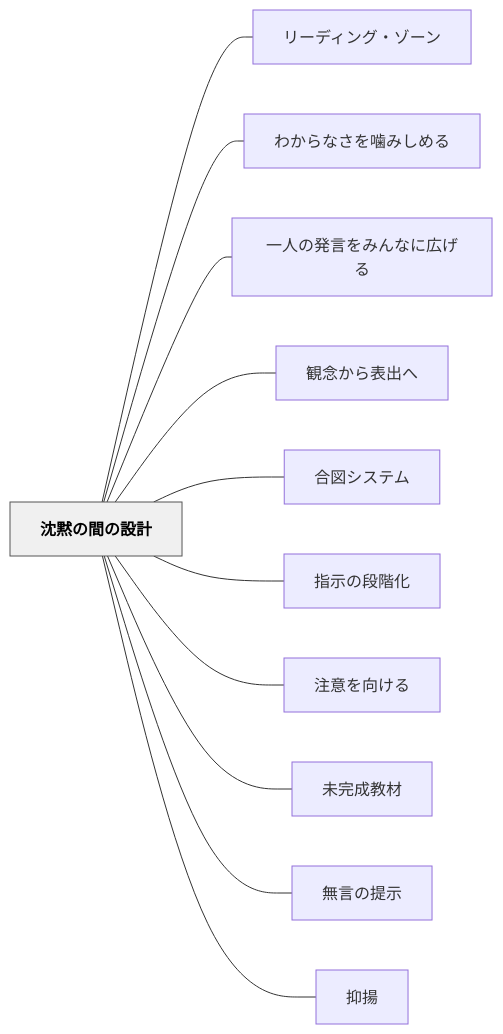
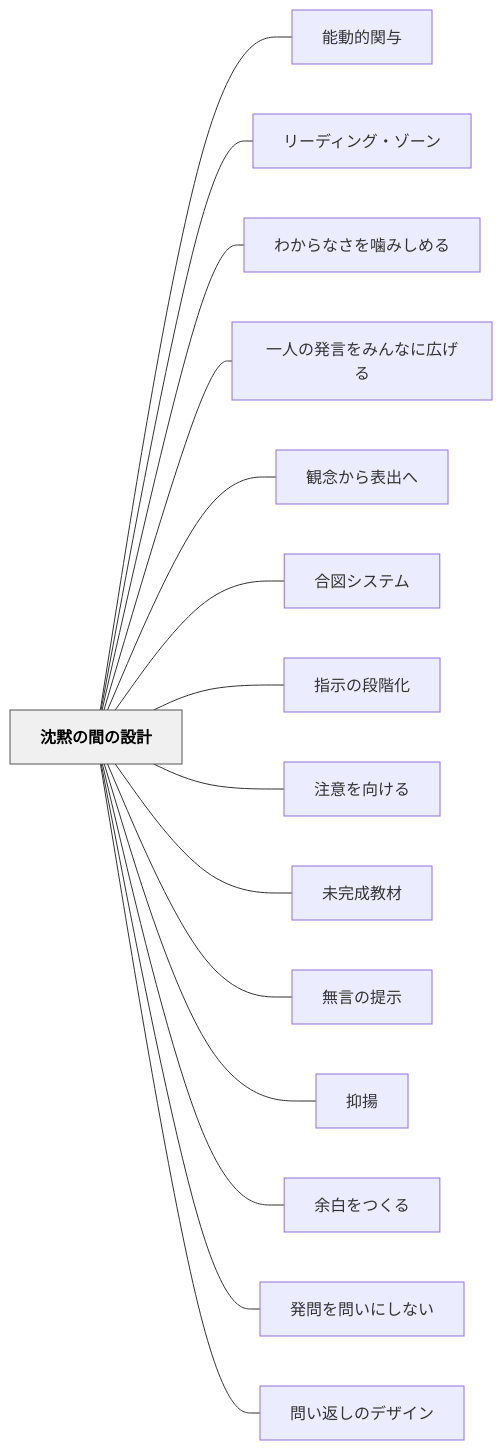
The diagram in content/パタン/沈黙の間の設計.md (unknownthings-ed-patterns/unknownthings-ed-patterns), drawn with Mermaid before and after one commit. The commit also changed other lines of this file and 100 other files, not shown here.

````diff
--- a/content/パタン/沈黙の間の設計.md
+++ b/content/パタン/沈黙の間の設計.md
@@ -57,28 +57,36 @@
 ```mermaid
 flowchart LR
     ne6b288e9bb99e381aee99693e381aee8a8ade8a888["沈黙の間の設計"]
+    ne883bde58b95e79a84e996a2e4b88e["能動的関与"]
     ne383aae383bce38387e382a3e383b3e382b0e383bbe382bee383bce383b3["リーディング・ゾーン"]
     ne3828fe3818be38289e381aae38195e38292e5999be381bfe38197e38281e3828b["わからなさを噛みしめる"]
     ne4b880e4babae381aee799bae8a880e38292e381bfe38293e381aae381abe5ba83e38192e3828b["一人の発言をみんなに広げる"]
     ne8a6b3e5bfb5e3818be38289e8a1a8e587bae381b8["観念から表出へ"]
     ne59088e59bb3e382b7e382b9e38386e383a0["合図システム"]
     ne68c87e7a4bae381aee6aeb5e99a8ee58c96["指示の段階化"]
     ne6b3a8e6848fe38292e59091e38191e3828b["注意を向ける"]
     ne69caae5ae8ce68890e69599e69d90["未完成教材"]
     ne784a1e8a880e381aee68f90e7a4ba["無言の提示"]
     ne68a91e68f9a["抑揚"]
+    ne4bd99e799bde38292e381a4e3818fe3828b["余白をつくる"]
+    ne799bae5958fe38292e5958fe38184e381abe38197e381aae38184["発問を問いにしない"]
+    ne5958fe38184e8bf94e38197e381aee38387e382b6e382a4e383b3["問い返しのデザイン"]
 
+    ne6b288e9bb99e381aee99693e381aee8a8ade8a888 --- ne883bde58b95e79a84e996a2e4b88e
     ne6b288e9bb99e381aee99693e381aee8a8ade8a888 --- ne383aae383bce38387e382a3e383b3e382b0e383bbe382bee383bce383b3
     ne6b288e9bb99e381aee99693e381aee8a8ade8a888 --- ne3828fe3818be38289e381aae38195e38292e5999be381bfe38197e38281e3828b
     ne6b288e9bb99e381aee99693e381aee8a8ade8a888 --- ne4b880e4babae381aee799bae8a880e38292e381bfe38293e381aae381abe5ba83e38192e3828b
     ne6b288e9bb99e381aee99693e381aee8a8ade8a888 --- ne8a6b3e5bfb5e3818be38289e8a1a8e587bae381b8
     ne6b288e9bb99e381aee99693e381aee8a8ade8a888 --- ne59088e59bb3e382b7e382b9e38386e383a0
     ne6b288e9bb99e381aee99693e381aee8a8ade8a888 --- ne68c87e7a4bae381aee6aeb5e99a8ee58c96
     ne6b288e9bb99e381aee99693e381aee8a8ade8a888 --- ne6b3a8e6848fe38292e59091e38191e3828b
     ne6b288e9bb99e381aee99693e381aee8a8ade8a888 --- ne69caae5ae8ce68890e69599e69d90
     ne6b288e9bb99e381aee99693e381aee8a8ade8a888 --- ne784a1e8a880e381aee68f90e7a4ba
     ne6b288e9bb99e381aee99693e381aee8a8ade8a888 --- ne68a91e68f9a
+    ne6b288e9bb99e381aee99693e381aee8a8ade8a888 --- ne4bd99e799bde38292e381a4e3818fe3828b
+    ne6b288e9bb99e381aee99693e381aee8a8ade8a888 --- ne799bae5958fe38292e5958fe38184e381abe38197e381aae38184
+    ne6b288e9bb99e381aee99693e381aee8a8ade8a888 --- ne5958fe38184e8bf94e38197e381aee38387e382b6e382a4e383b3
 
     classDef hub fill:#f0f0f0,stroke:#555,color:#000,font-weight:bold
     class ne6b288e9bb99e381aee99693e381aee8a8ade8a888 hub
 ```
````
